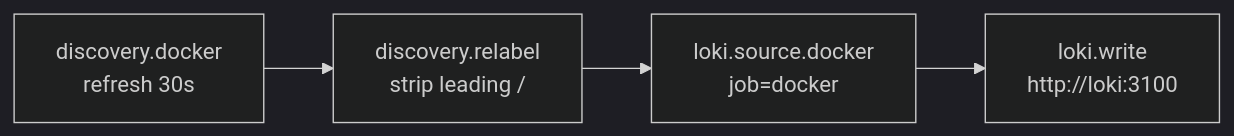
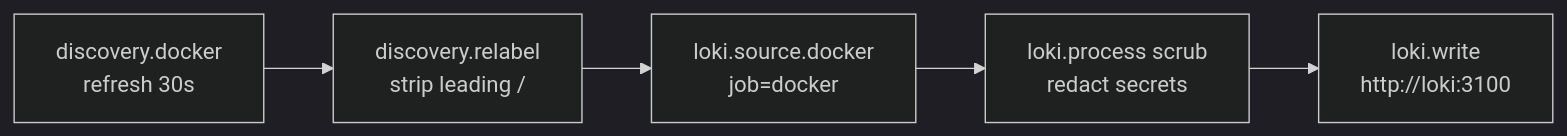
Before and after one commit to v2e-sh/v2e-docs: the second of 3 diagrams in docs/system/observability.md, drawn with Mermaid (dark theme). The commit also changed other lines of this file, not shown here.

````diff
--- a/docs/system/observability.md
+++ b/docs/system/observability.md
@@ -123,6 +123,7 @@
 ```mermaid
 flowchart LR
   d[discovery.docker<br/>refresh 30s] --> r[discovery.relabel<br/>strip leading /]
   r --> s[loki.source.docker<br/>job=docker]
-  s --> w[loki.write<br/>http://loki:3100]
+  s --> p[loki.process scrub<br/>redact secrets]
+  p --> w[loki.write<br/>http://loki:3100]
 ```
````
